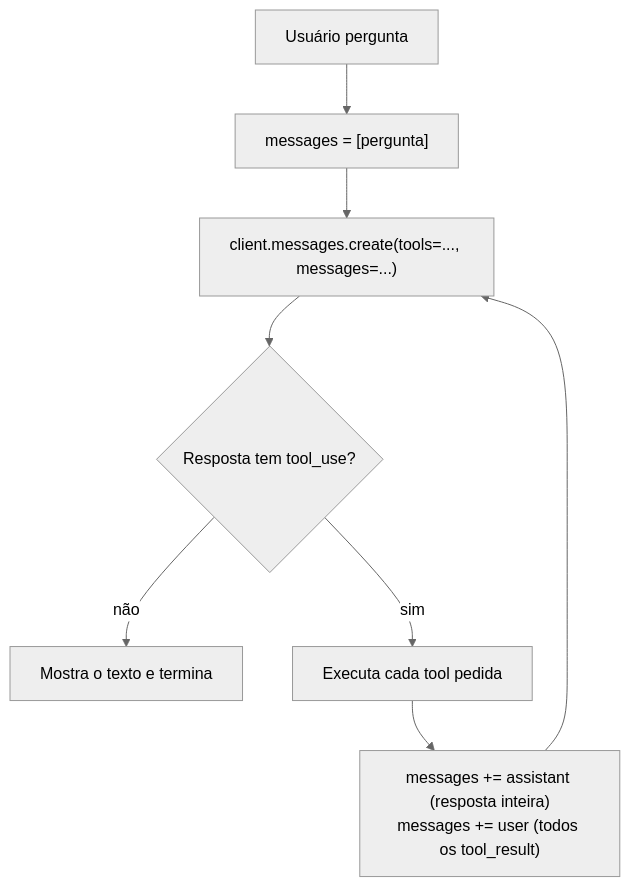
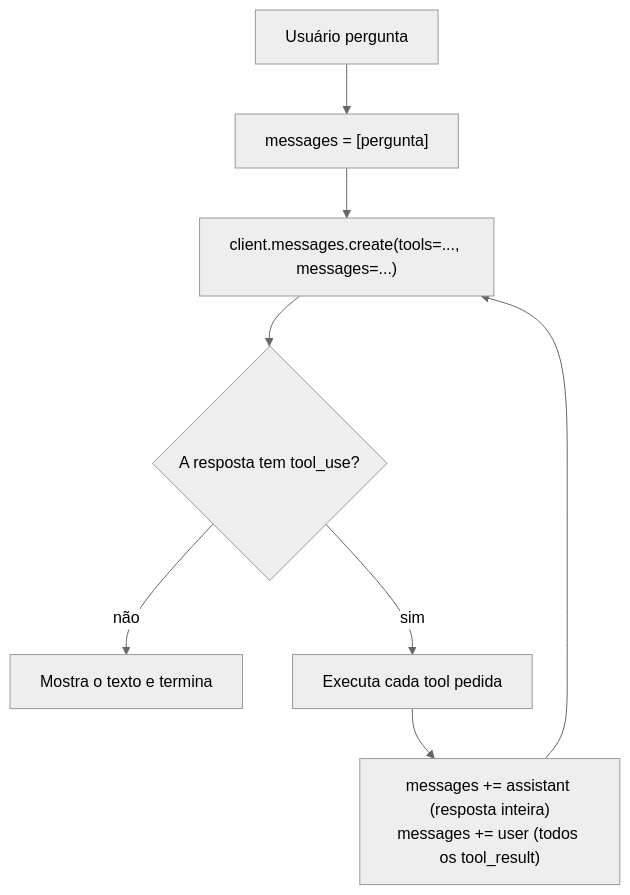
One commit to FloraRosaPupo/mcp-estudos changed the diagram in notas/03-tool-use.md. Above: the diagram before and after it, drawn with Mermaid (neutral theme). The commit also changed other lines of this file and 20 other files, not shown here.

````diff
--- a/notas/03-tool-use.md
+++ b/notas/03-tool-use.md
@@ -7,10 +44,10 @@
 ```mermaid
 flowchart TD
     A[Usuário pergunta] --> B["messages = [pergunta]"]
     B --> C["client.messages.create(tools=..., messages=...)"]
-    C --> D{"Resposta tem tool_use?"}
+    C --> D{"A resposta tem tool_use?"}
     D -- não --> E[Mostra o texto e termina]
     D -- sim --> F[Executa cada tool pedida]
     F --> G["messages += assistant (resposta inteira)<br/>messages += user (todos os tool_result)"]
     G --> C
 ```
````
